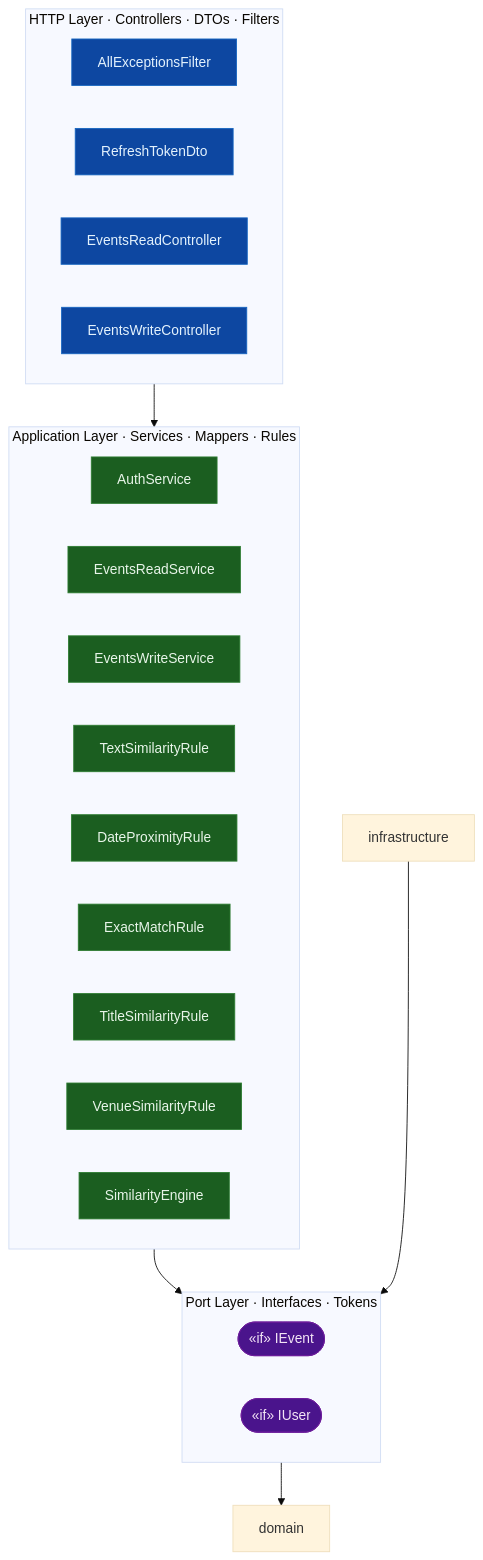
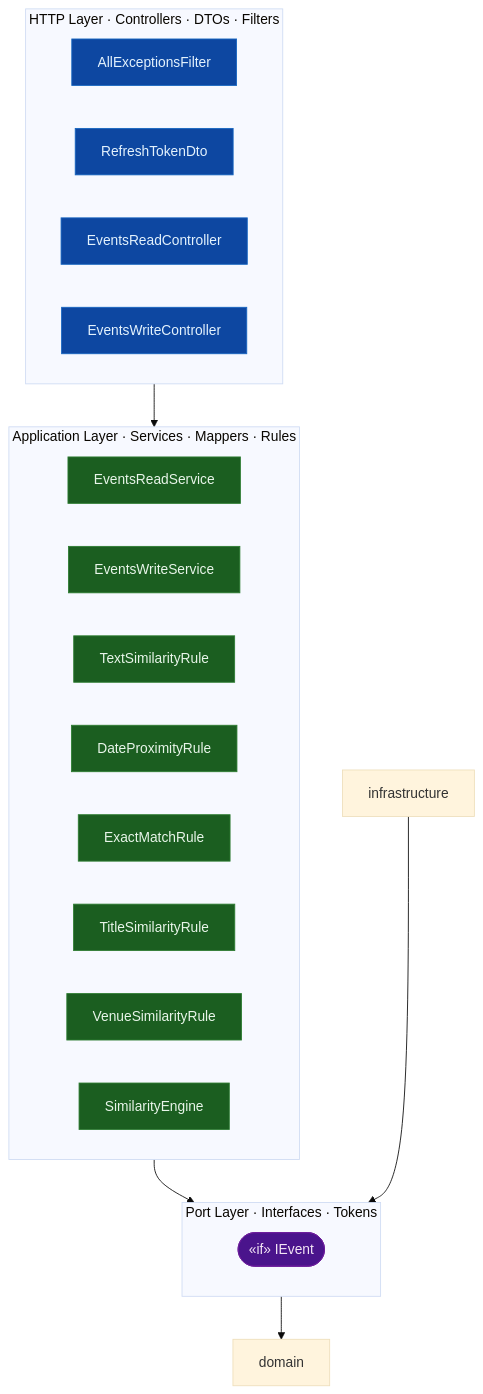
The third of 3 diagrams in docs/architecture.md (Phastboy/campuspulse), drawn with Mermaid (base theme) before and after one commit. The commit also changed other lines of this file and 1 other file, not shown here.

First line of the commit message:
docs: update architecture diagrams and clean up migration

````diff
--- a/docs/architecture.md
+++ b/docs/architecture.md
@@ -120,54 +103,50 @@
 ```mermaid
 graph TB
   %% Layers — arrows show the only allowed dependency direction
 
   subgraph http ["HTTP Layer · Controllers · DTOs · Filters"]
     AllExceptionsFilter["AllExceptionsFilter"]
     RefreshTokenDto["RefreshTokenDto"]
     EventsReadController["EventsReadController"]
     EventsWriteController["EventsWriteController"]
   end
 
   subgraph application ["Application Layer · Services · Mappers · Rules"]
-    AuthService["AuthService"]
     EventsReadService["EventsReadService"]
     EventsWriteService["EventsWriteService"]
     TextSimilarityRule["TextSimilarityRule"]
     DateProximityRule["DateProximityRule"]
     ExactMatchRule["ExactMatchRule"]
     TitleSimilarityRule["TitleSimilarityRule"]
     VenueSimilarityRule["VenueSimilarityRule"]
     SimilarityEngine["SimilarityEngine"]
   end
 
   subgraph port ["Port Layer · Interfaces · Tokens"]
     IEvent(["«if» IEvent"])
-    IUser(["«if» IUser"])
   end
 
   http          --> application
   application   --> port
   port          --> domain
   infrastructure --> port
 
   classDef http   fill:#0d47a1,stroke:#1565c0,color:#e3f2fd
   classDef app    fill:#1b5e20,stroke:#2e7d32,color:#e8f5e9
   classDef port   fill:#4a148c,stroke:#6a1b9a,color:#f3e5f5
   classDef domain fill:#e65100,stroke:#ef6c00,color:#fff3e0
   classDef infra  fill:#37474f,stroke:#455a64,color:#eceff1
   class AllExceptionsFilter http
   class RefreshTokenDto http
   class EventsReadController http
   class EventsWriteController http
-  class AuthService app
   class EventsReadService app
   class EventsWriteService app
   class TextSimilarityRule app
   class DateProximityRule app
   class ExactMatchRule app
   class TitleSimilarityRule app
   class VenueSimilarityRule app
   class SimilarityEngine app
   class IEvent port
-  class IUser port
 ```
````
